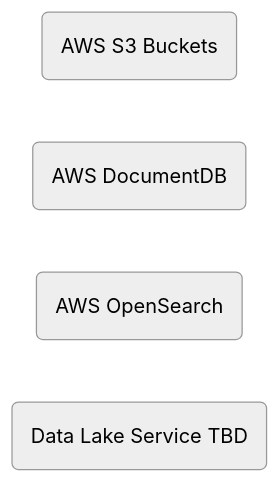
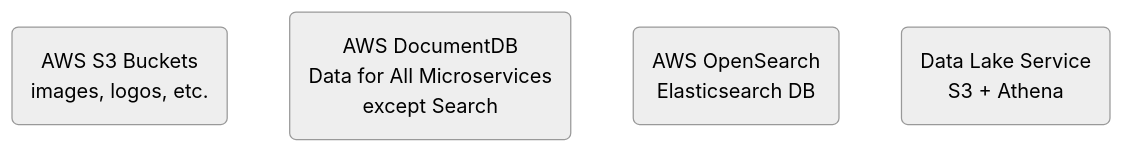
The fourth of 5 diagrams in specifications/ARCHITECTURE.md (agile-learning-institute/mentorHub), drawn with Mermaid (neutral theme) before and after one commit. The commit also changed other lines of this file and 1 other file, not shown here.

Commit message:
Workflow Improvements, architecture tweaks

````diff
--- a/specifications/ARCHITECTURE.md
+++ b/specifications/ARCHITECTURE.md
@@ -146,8 +148,13 @@
 ```mermaid
-flowchart LR
-    S3(AWS S3 Buckets)
-    ADB(AWS DocumentDB)
-    Search(AWS OpenSearch)
-    DataLake(Data Lake Service TBD) 
+flowchart TD
+    S3(AWS S3 Buckets
+        images, logos, etc.)
+    ADB(AWS DocumentDB
+        Data for All Microservices
+        except Search)
+    Search(AWS OpenSearch
+            Elasticsearch DB)
+    DataLake(Data Lake Service
+            S3 + Athena) 
 
 ```
````
